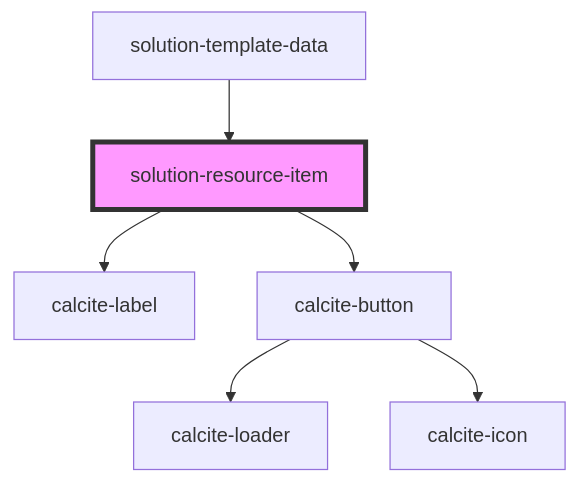
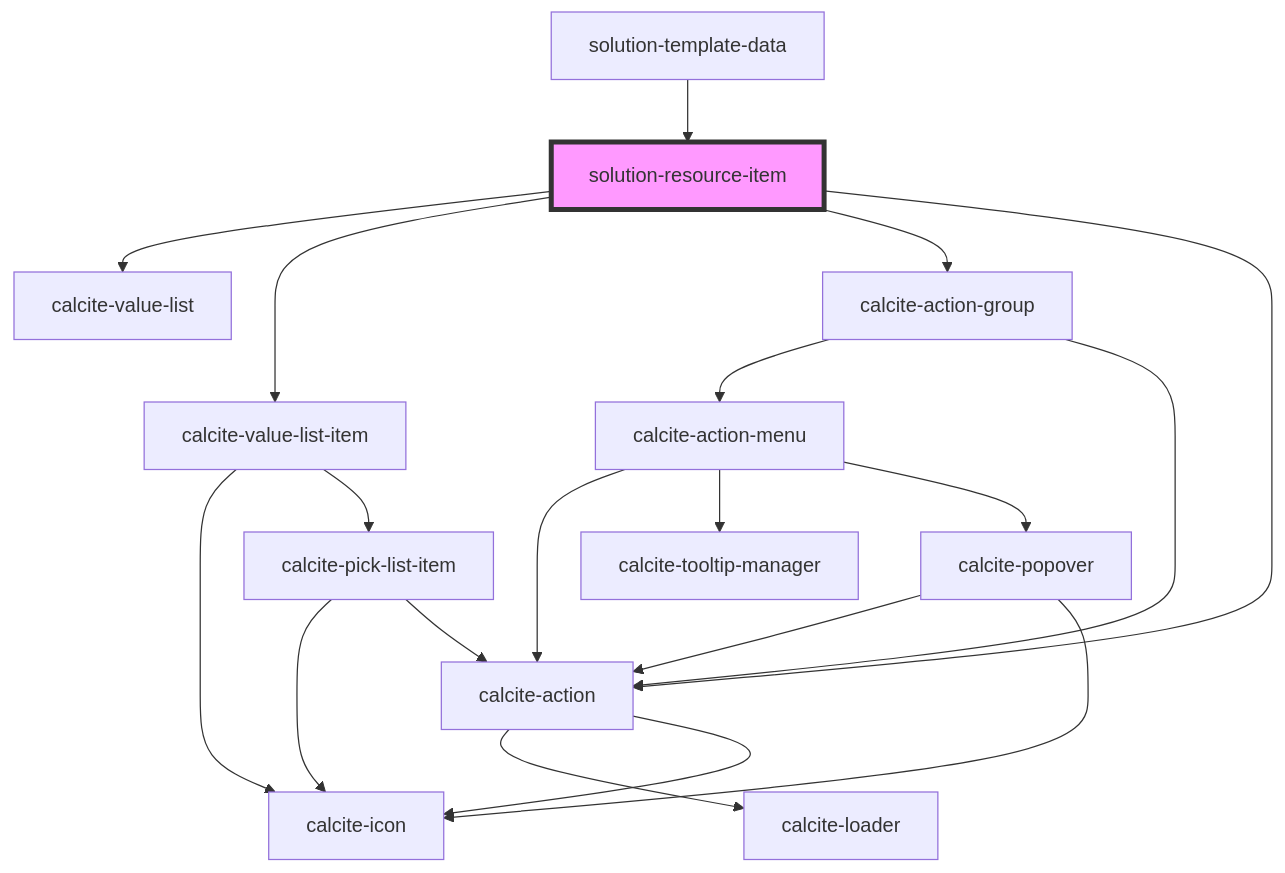
The diagram in src/components/solution-resource-item/readme.md (Esri/solutions-components), drawn with Mermaid before and after one commit. The commit also changed other lines of this file and 9 other files, not shown here.

````diff
--- a/src/components/solution-resource-item/readme.md
+++ b/src/components/solution-resource-item/readme.md
@@ -28,9 +35,22 @@
 ```mermaid
 graph TD;
-  solution-resource-item --> calcite-label
-  solution-resource-item --> calcite-button
-  calcite-button --> calcite-loader
-  calcite-button --> calcite-icon
+  solution-resource-item --> calcite-value-list
+  solution-resource-item --> calcite-value-list-item
+  solution-resource-item --> calcite-action-group
+  solution-resource-item --> calcite-action
+  calcite-value-list-item --> calcite-icon
+  calcite-value-list-item --> calcite-pick-list-item
+  calcite-pick-list-item --> calcite-icon
+  calcite-pick-list-item --> calcite-action
+  calcite-action --> calcite-loader
+  calcite-action --> calcite-icon
+  calcite-action-group --> calcite-action-menu
+  calcite-action-group --> calcite-action
+  calcite-action-menu --> calcite-action
+  calcite-action-menu --> calcite-tooltip-manager
+  calcite-action-menu --> calcite-popover
+  calcite-popover --> calcite-action
+  calcite-popover --> calcite-icon
   solution-template-data --> solution-resource-item
   style solution-resource-item fill:#f9f,stroke:#333,stroke-width:4px
 ```
````
